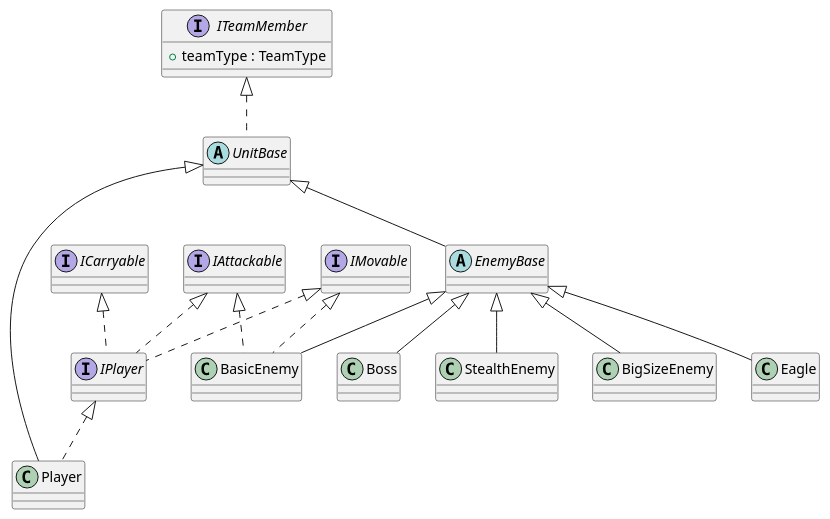
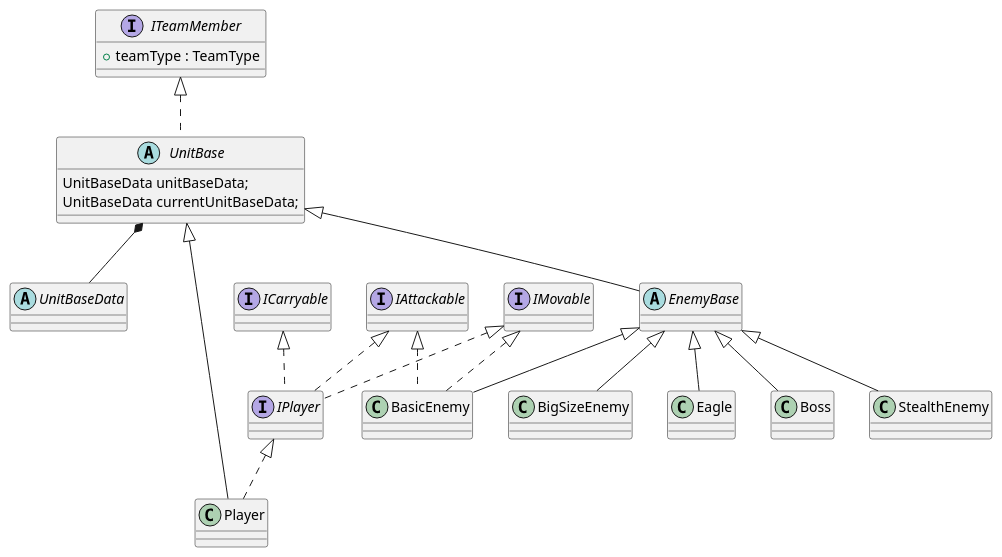
The diagram in Assets/UnitDiagram.wsd (sung0822/GalaxyAdventure), drawn with PlantUML before and after one commit. The commit also changed 11 other files, not shown here.

Commit message:
PlantUML 이미지 생성

```diff
--- a/Assets/UnitDiagram.wsd
+++ b/Assets/UnitDiagram.wsd
@@ -1,92 +1,95 @@
 @startuml SkyAdventure
 
 interface ITeamMember
 {
     +teamType : TeamType 
 }
 
 interface IMovable
 {
 
 }
 
 interface IAttackable
 {
 
 }
 
 interface ICarryable
 {
 
 }
 
+abstract class UnitBaseData
+{
+
+}
+
 interface IPlayer
 {
 }
 
 abstract class UnitBase
 {
-
+    UnitBaseData unitBaseData;
+    UnitBaseData currentUnitBaseData;
 }
 
 abstract class EnemyBase
 {
 
 }
 
 class Player
 {
 
 }
 
 class BasicEnemy
 {
 
 }
 
 class StealthEnemy
 {
 
 }
 
 class BigSizeEnemy
 {
 
 }
 
 class Eagle
 {
 
 }
 
 class Boss
 {
 
 }
 
-
 ITeamMember <|.. UnitBase
+UnitBase *-- UnitBaseData 
 UnitBase <|-- Player
 UnitBase <|-- EnemyBase
 
 IMovable <|.. BasicEnemy
 IMovable <|.. IPlayer
 IAttackable <|.. IPlayer
 ICarryable <|.. IPlayer
 
 IPlayer <|.. Player
 
 IAttackable <|.. BasicEnemy
 
 EnemyBase <|-- BasicEnemy
 
 
 EnemyBase <|-- StealthEnemy
 EnemyBase <|-- BigSizeEnemy
 EnemyBase <|-- Eagle
 EnemyBase <|-- Boss
 
-
-
-
 @enduml
```
